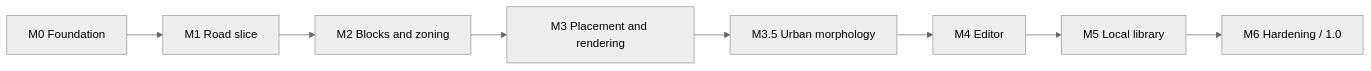
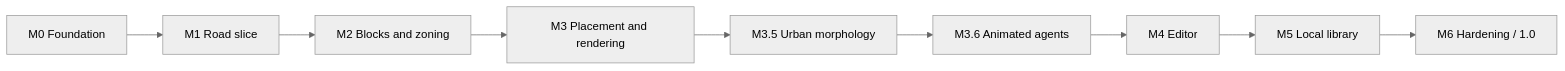
Before and after one commit to Canni-DEV/city: the diagram in docs/ROADMAP.md, drawn with Mermaid (neutral theme). The commit also changed other lines of this file and 38 other files, not shown here.

````diff
--- a/docs/ROADMAP.md
+++ b/docs/ROADMAP.md
@@ -3,4 +3,4 @@
 ```mermaid
 flowchart LR
-  M0["M0 Foundation"] --> M1["M1 Road slice"] --> M2["M2 Blocks and zoning"] --> M3["M3 Placement and rendering"] --> M35["M3.5 Urban morphology"] --> M4["M4 Editor"] --> M5["M5 Local library"] --> M6["M6 Hardening / 1.0"]
+  M0["M0 Foundation"] --> M1["M1 Road slice"] --> M2["M2 Blocks and zoning"] --> M3["M3 Placement and rendering"] --> M35["M3.5 Urban morphology"] --> M36["M3.6 Animated agents"] --> M4["M4 Editor"] --> M5["M5 Local library"] --> M6["M6 Hardening / 1.0"]
 ```
````
